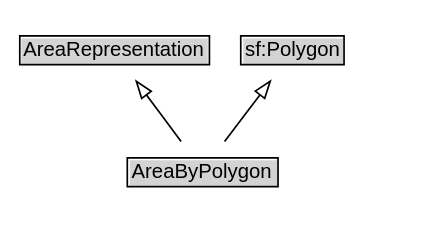
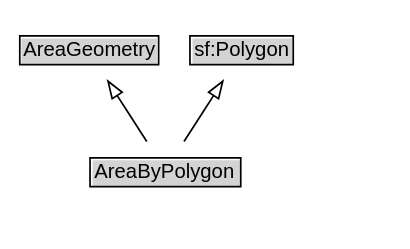
The diagram in docs/diagrams/AreaByPolygon.dot (ISO-TC204/ontology-its-location-v1), drawn with Graphviz before and after one commit. The commit also changed 400 other files, not shown here.

```diff
--- a/docs/diagrams/AreaByPolygon.dot
+++ b/docs/diagrams/AreaByPolygon.dot
@@ -1,21 +1,21 @@
 // Diagram for AreaByPolygon
 digraph {
 	graph [overlap=false rankdir=TB splines=true]
 	node [fontname=Arial fontsize=12 margin=0 shape=none]
 	edge [fontname=Arial fontsize=11]
 	{
 		rank=source
-		AreaRepresentation [label=<<TABLE BORDER="1" CELLBORDER="0" CELLSPACING="0" CELLPADDING="1"><TR><TD BGCOLOR="lightgray" ALIGN="CENTER">AreaRepresentation</TD></TR></TABLE>> URL="../AreaRepresentation" margin=0]
+		AreaGeometry [label=<<TABLE BORDER="1" CELLBORDER="0" CELLSPACING="0" CELLPADDING="1"><TR><TD BGCOLOR="lightgray" ALIGN="CENTER">AreaGeometry</TD></TR></TABLE>> URL="../AreaGeometry" margin=0]
 		sf_Polygon [label=<<TABLE BORDER="1" CELLBORDER="0" CELLSPACING="0" CELLPADDING="1"><TR><TD BGCOLOR="lightgray" ALIGN="CENTER">sf:Polygon</TD></TR></TABLE>> URL="https://w3id.org/citydata/imported/sf/latest/Polygon" margin=0]
 	}
 	AreaByPolygon [label=<<TABLE BORDER="1" CELLBORDER="0" CELLSPACING="0" CELLPADDING="1"><TR><TD BGCOLOR="lightgray" ALIGN="CENTER">AreaByPolygon</TD></TR></TABLE>> URL="../AreaByPolygon" margin=0]
 	{
 		rank=max
 	}
 	subgraph cluster_associated {
 		label="" style=invis
 		Invis [label=<<TABLE BORDER="0" CELLBORDER="0" CELLSPACING="0" CELLPADDING="1"><TR><TD></TD></TR></TABLE>> margin=0 style=invis]
 	}
-	AreaByPolygon -> AreaRepresentation [arrowhead=onormal style=solid]
+	AreaByPolygon -> AreaGeometry [arrowhead=onormal style=solid]
 	AreaByPolygon -> sf_Polygon [arrowhead=onormal style=solid]
 }
```
